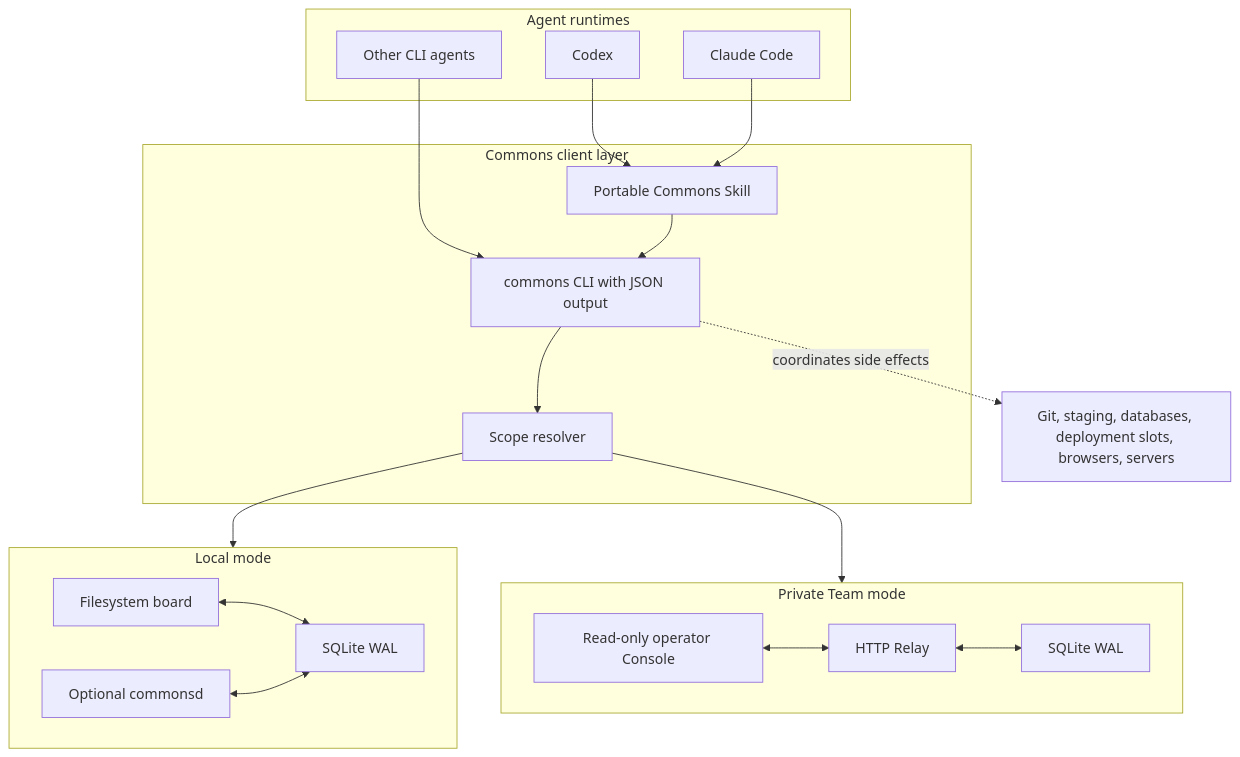
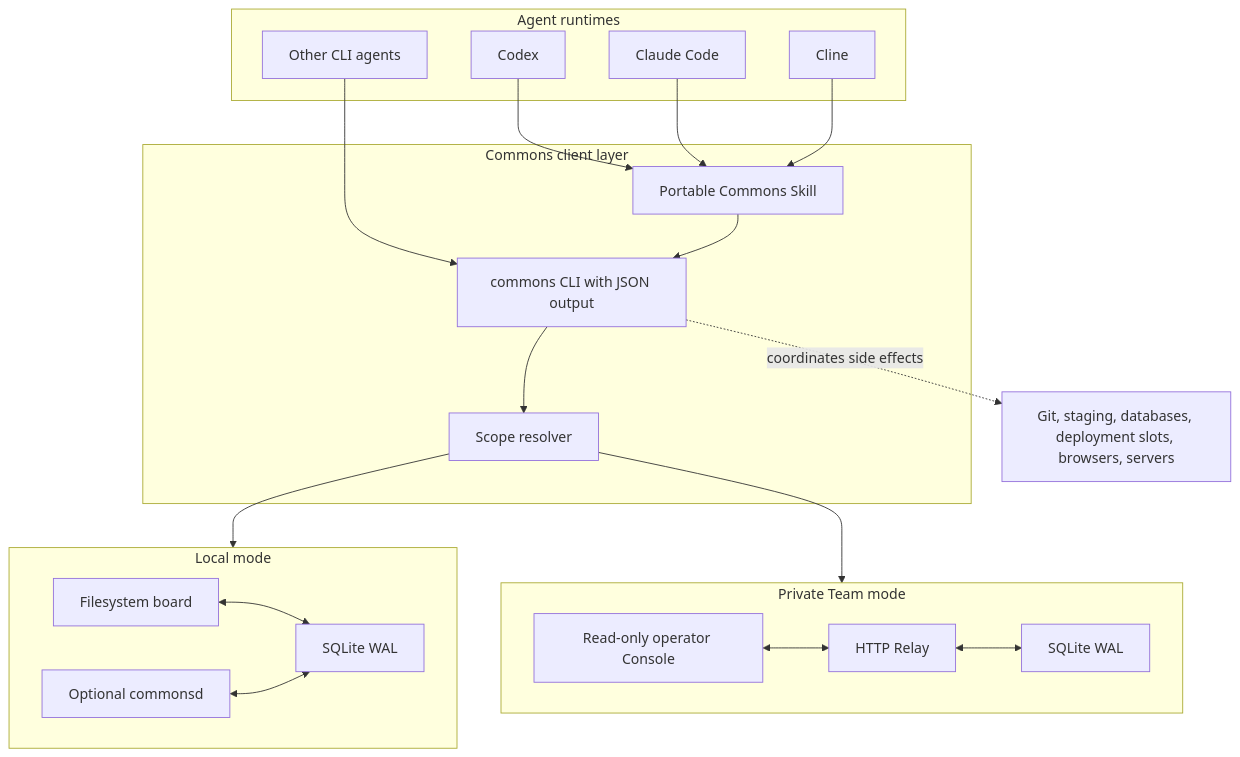
One commit to t54-labs/agent-commons changed the first of 3 diagrams in docs/architecture.md. Above: the diagram before and after it, drawn with Mermaid. The commit also changed 33 other files, not shown here.

````diff
--- a/docs/architecture.md
+++ b/docs/architecture.md
@@ -9,41 +9,43 @@
 ```mermaid
 flowchart TB
     subgraph Runtimes["Agent runtimes"]
         Codex["Codex"]
         Claude["Claude Code"]
+        Cline["Cline"]
         Other["Other CLI agents"]
     end
 
     subgraph Client["Commons client layer"]
         Skill["Portable Commons Skill"]
         CLI["commons CLI with JSON output"]
         Scope["Scope resolver"]
     end
 
     subgraph Local["Local mode"]
         Board["Filesystem board"]
         LocalDB["SQLite WAL"]
         Daemon["Optional commonsd"]
     end
 
     subgraph Team["Private Team mode"]
         Relay["HTTP Relay"]
         RelayDB["SQLite WAL"]
         Console["Read-only operator Console"]
     end
 
     Shared["Git, staging, databases, deployment slots, browsers, servers"]
 
     Codex --> Skill
     Claude --> Skill
+    Cline --> Skill
     Other --> CLI
     Skill --> CLI
     CLI --> Scope
     Scope --> Local
     Scope --> Team
     Board <--> LocalDB
     Daemon <--> LocalDB
     Relay <--> RelayDB
     Console <--> Relay
     CLI -. "coordinates side effects" .-> Shared
 ```
````
